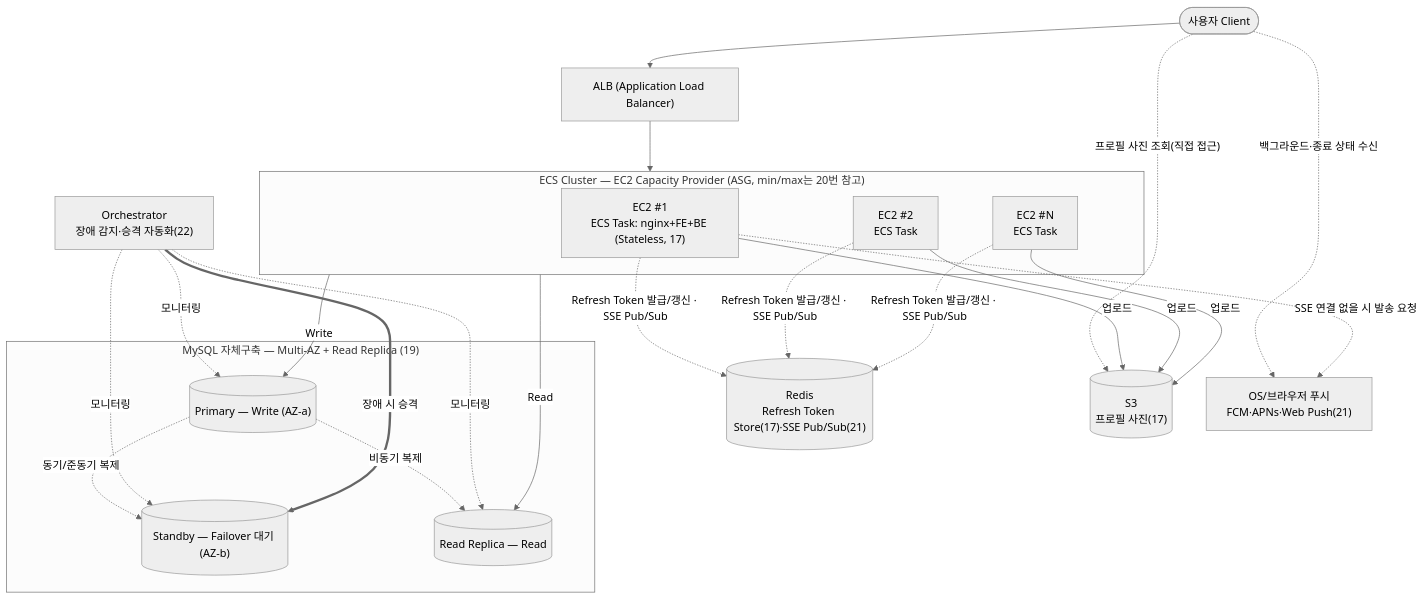
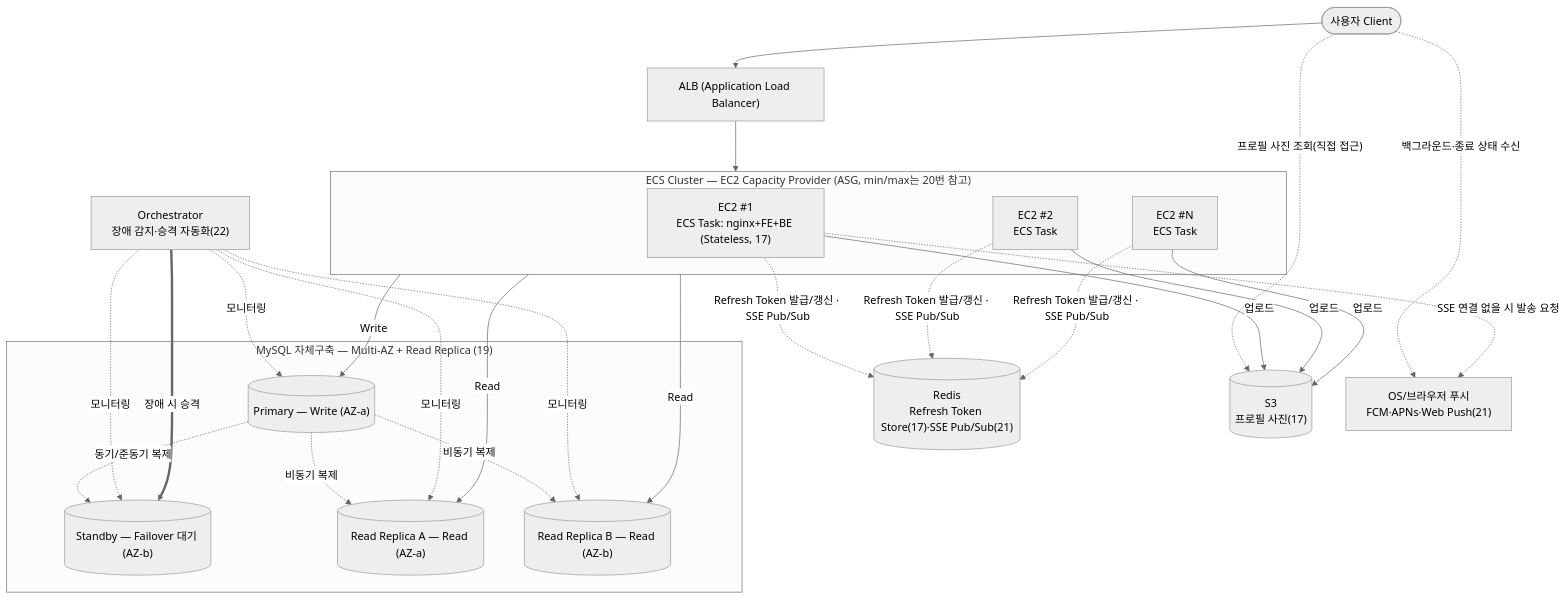
Before and after one commit to 100-hours-a-week/KTB4-5th-CLOUD: the diagram in docs/design/wiki/ktb4-cloud-wiki-v2.md, drawn with Mermaid (neutral theme). The commit also changed other lines of this file and 5 other files, not shown here.

````diff
--- a/docs/design/wiki/ktb4-cloud-wiki-v2.md
+++ b/docs/design/wiki/ktb4-cloud-wiki-v2.md
@@ -30,42 +41,46 @@
 ```mermaid
 flowchart TB
     Client(["사용자 Client"])
     ALB["ALB (Application Load Balancer)"]
 
     subgraph ASG["ECS Cluster — EC2 Capacity Provider (ASG, min/max는 20번 참고)"]
         App1["EC2 #1<br/>ECS Task: nginx+FE+BE (Stateless, 17)"]
         App2["EC2 #2<br/>ECS Task"]
         AppN["EC2 #N<br/>ECS Task"]
     end
 
     Redis[("Redis<br/>Refresh Token Store(17)·SSE Pub/Sub(21)")]
     S3[("S3<br/>프로필 사진(17)")]
     Push["OS/브라우저 푸시<br/>FCM·APNs·Web Push(21)"]
 
     subgraph DB["MySQL 자체구축 — Multi-AZ + Read Replica (19)"]
         Primary[("Primary — Write (AZ-a)")]
         Standby[("Standby — Failover 대기 (AZ-b)")]
-        Replica[("Read Replica — Read")]
+        Replica[("Read Replica A — Read (AZ-a)")]
+        ReplicaB[("Read Replica B — Read (AZ-b)")]
         Primary -.동기/준동기 복제.-> Standby
         Primary -.비동기 복제.-> Replica
+        Primary -.비동기 복제.-> ReplicaB
     end
 
     Orch["Orchestrator<br/>장애 감지·승격 자동화(22)"]
 
     Client --> ALB --> ASG
     Client -."프로필 사진 조회(직접 접근)".-> S3
     Client -."백그라운드·종료 상태 수신".-> Push
     App1 -."Refresh Token 발급/갱신 · SSE Pub/Sub".-> Redis
     App2 -."Refresh Token 발급/갱신 · SSE Pub/Sub".-> Redis
     AppN -."Refresh Token 발급/갱신 · SSE Pub/Sub".-> Redis
     App1 -->|업로드| S3
     App2 -->|업로드| S3
     AppN -->|업로드| S3
     App1 -."SSE 연결 없을 시 발송 요청".-> Push
     ASG -->|Write| Primary
     ASG -->|Read| Replica
+    ASG -->|Read| ReplicaB
     Orch -.모니터링.-> Primary
     Orch -.모니터링.-> Standby
     Orch -.모니터링.-> Replica
+    Orch -.모니터링.-> ReplicaB
     Orch =="장애 시 승격"==> Standby
 ```
````
